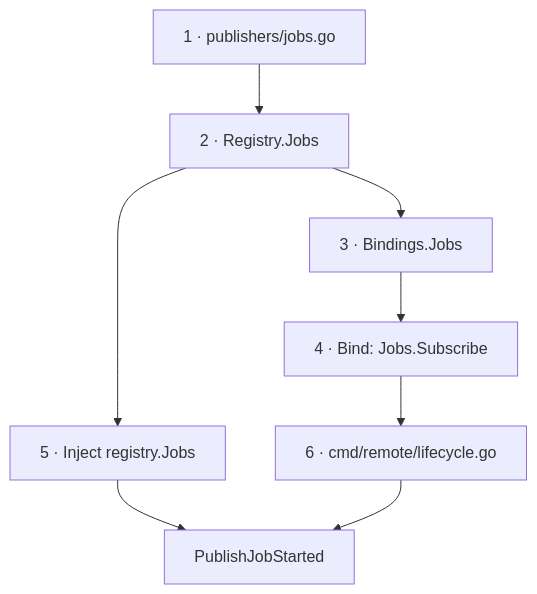
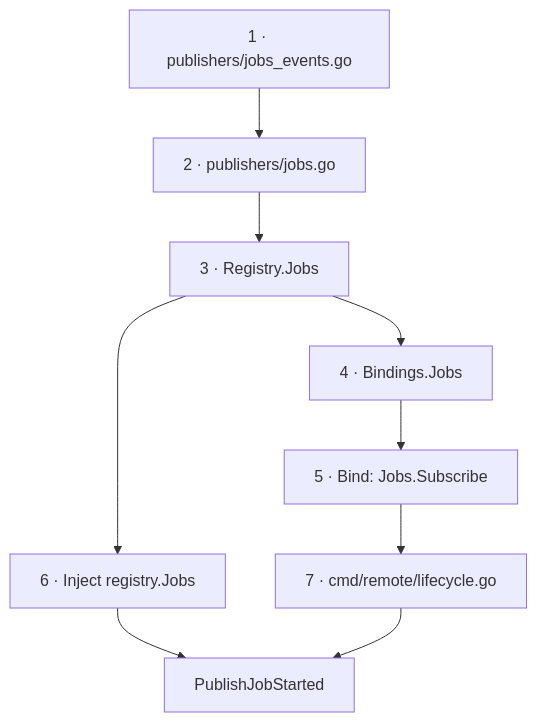
Before and after one commit to AbdallahMohamedDotnet/remote.futrx: the fourth of 5 diagrams in docs/dev/lifecycle-events.md, drawn with Mermaid. The commit also changed other lines of this file and 7 other files, not shown here.

Commit message:
refactor(lifecycle): separate core update events

````diff
--- a/docs/dev/lifecycle-events.md
+++ b/docs/dev/lifecycle-events.md
@@ -127,10 +131,11 @@
 ```mermaid
 flowchart TD
-    Publisher["1 · publishers/jobs.go"] --> Registry["2 · Registry.Jobs"]
-    Registry --> BindingType["3 · Bindings.Jobs"]
-    BindingType --> Bind["4 · Bind: Jobs.Subscribe"]
-    Registry --> Producer["5 · Inject registry.Jobs"]
-    Bind --> Composition["6 · cmd/remote/lifecycle.go"]
+    Events["1 · publishers/jobs_events.go"] --> Publisher["2 · publishers/jobs.go"]
+    Publisher --> Registry["3 · Registry.Jobs"]
+    Registry --> BindingType["4 · Bindings.Jobs"]
+    BindingType --> Bind["5 · Bind: Jobs.Subscribe"]
+    Registry --> Producer["6 · Inject registry.Jobs"]
+    Bind --> Composition["7 · cmd/remote/lifecycle.go"]
     Producer --> Dispatch["PublishJobStarted"]
     Composition --> Dispatch
 ```
````
